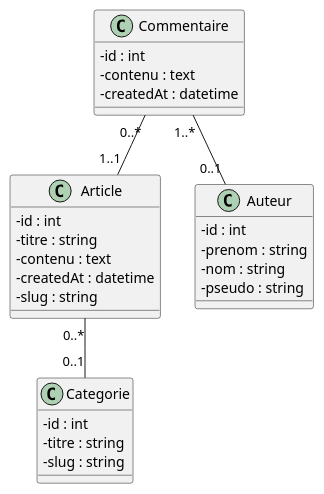
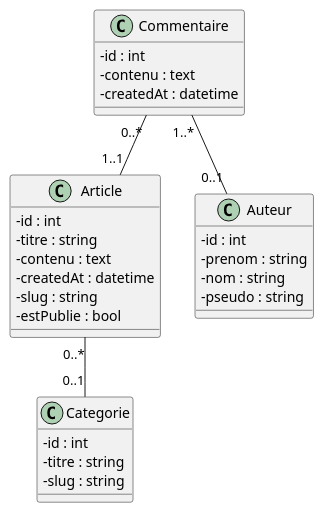
One commit to liamgnb/symfony-blog changed the diagram in documentation/diagramme_classes.puml. Above: the diagram before and after it, drawn with PlantUML. The commit also changed 11 other files, not shown here.

```diff
--- a/documentation/diagramme_classes.puml
+++ b/documentation/diagramme_classes.puml
@@ -1,35 +1,36 @@
 @startuml
 skinparam classAttributeIconSize 0
 
 class Article {
     - id : int
     - titre : string
     - contenu : text
     - createdAt : datetime
     - slug : string
+    - estPublie : bool
 }
 
 class Categorie {
     - id : int
     - titre : string
     - slug : string
 }
 
 class Commentaire {
     - id : int
     - contenu : text
     - createdAt : datetime
 }
 
 class Auteur {
     - id : int
     - prenom : string
     - nom : string
     - pseudo : string
 }
 
 Article "0..*" -- "0..1" Categorie
 Commentaire "1..*" -- "0..1" Auteur
 Commentaire "0..*" -- "1..1" Article
 
 @enduml
```
